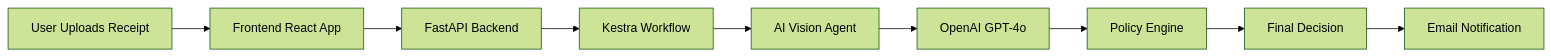
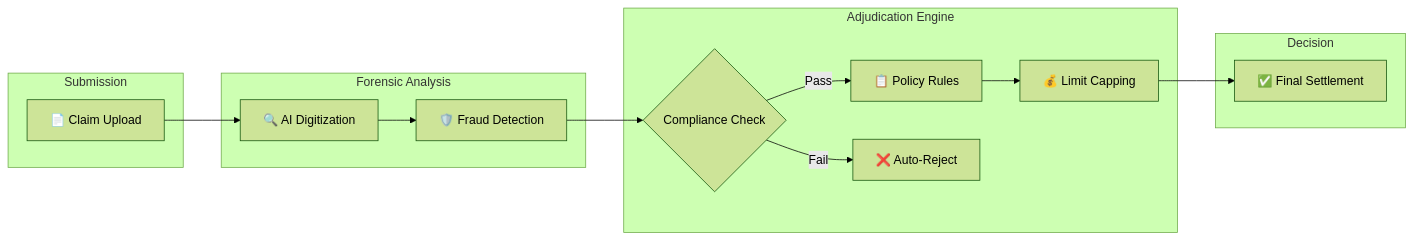
One commit to sankar1mani/claimguardAI changed the diagram in README.md. Above: the diagram before and after it, drawn with Mermaid (forest theme). The commit also changed other lines of this file, not shown here.

Commit message:
Updated connectivity to DB

````diff
--- a/README.md
+++ b/README.md
@@ -52,11 +54,23 @@
 ```mermaid
 graph LR
-    A[User Uploads Receipt] --> B[Frontend React App]
-    B --> C[FastAPI Backend]
-    C --> D[Kestra Workflow]
-    D --> E[AI Vision Agent]
-    E --> F[OpenAI GPT-4o]
-    F --> G[Policy Engine]
-    G --> H[Final Decision]
-    H --> I[Email Notification]
+    subgraph "Submission"
+    A[📄 Claim Upload]
+    end
+
+    subgraph "Forensic Analysis"
+    B[🔍 AI Digitization] --> C[🛡️ Fraud Detection]
+    end
+
+    subgraph "Adjudication Engine"
+    C --> D{Compliance Check}
+    D -->|Pass| E[📋 Policy Rules]
+    D -->|Fail| F[❌ Auto-Reject]
+    E --> G[💰 Limit Capping]
+    end
+
+    subgraph "Decision"
+    G --> H[✅ Final Settlement]
+    end
+
+    A --> B
 ```
````
